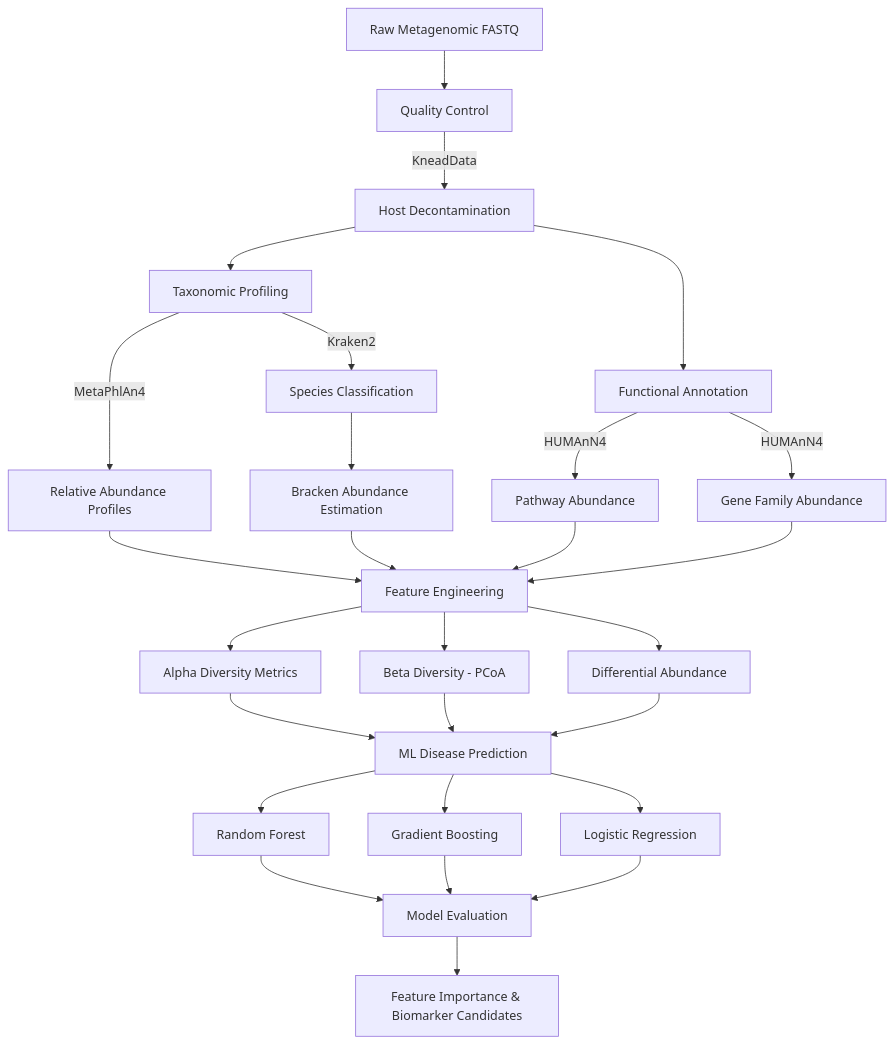
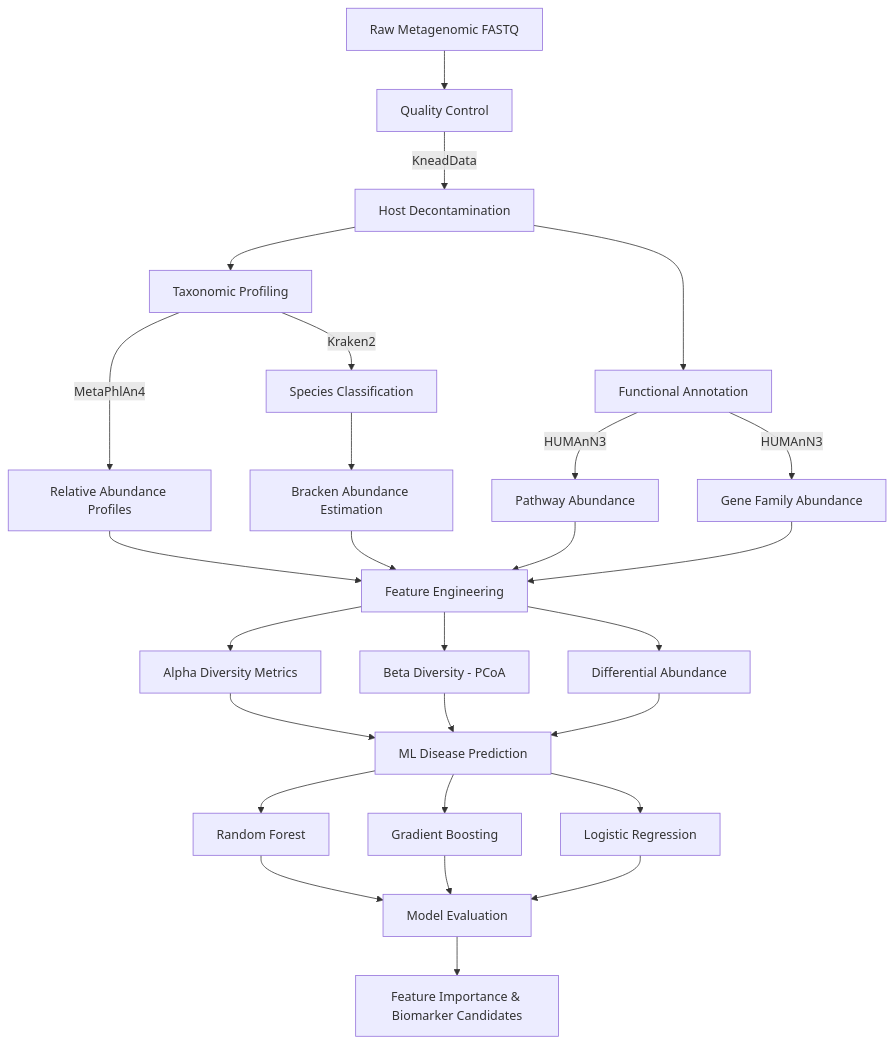
Before and after one commit to jmatos10/microbiome-disease-pipeline: the diagram in README.md, drawn with Mermaid. The commit also changed other lines of this file, not shown here.

````diff
--- a/README.md
+++ b/README.md
@@ -30,37 +30,37 @@
 ```mermaid
 graph TD
     A[Raw Metagenomic FASTQ] --> B[Quality Control]
     B --> |KneadData| B1[Host Decontamination]
     B1 --> C[Taxonomic Profiling]
     B1 --> D[Functional Annotation]
 
     C --> |Kraken2| C1[Species Classification]
     C --> |MetaPhlAn4| C2[Relative Abundance Profiles]
     C1 --> C3[Bracken Abundance Estimation]
 
-    D --> |HUMAnN4| D1[Pathway Abundance]
-    D --> |HUMAnN4| D2[Gene Family Abundance]
+    D --> |HUMAnN3| D1[Pathway Abundance]
+    D --> |HUMAnN3| D2[Gene Family Abundance]
 
     C2 --> E[Feature Engineering]
     C3 --> E
     D1 --> E
     D2 --> E
 
     E --> E1[Alpha Diversity Metrics]
     E --> E2[Beta Diversity - PCoA]
     E --> E3[Differential Abundance]
 
     E1 --> F[ML Disease Prediction]
     E2 --> F
     E3 --> F
 
     F --> F1[Random Forest]
     F --> F2[Gradient Boosting]
     F --> F3[Logistic Regression]
 
     F1 --> G[Model Evaluation]
     F2 --> G
     F3 --> G
 
     G --> H[Feature Importance & Biomarker Candidates]
 ```
````
